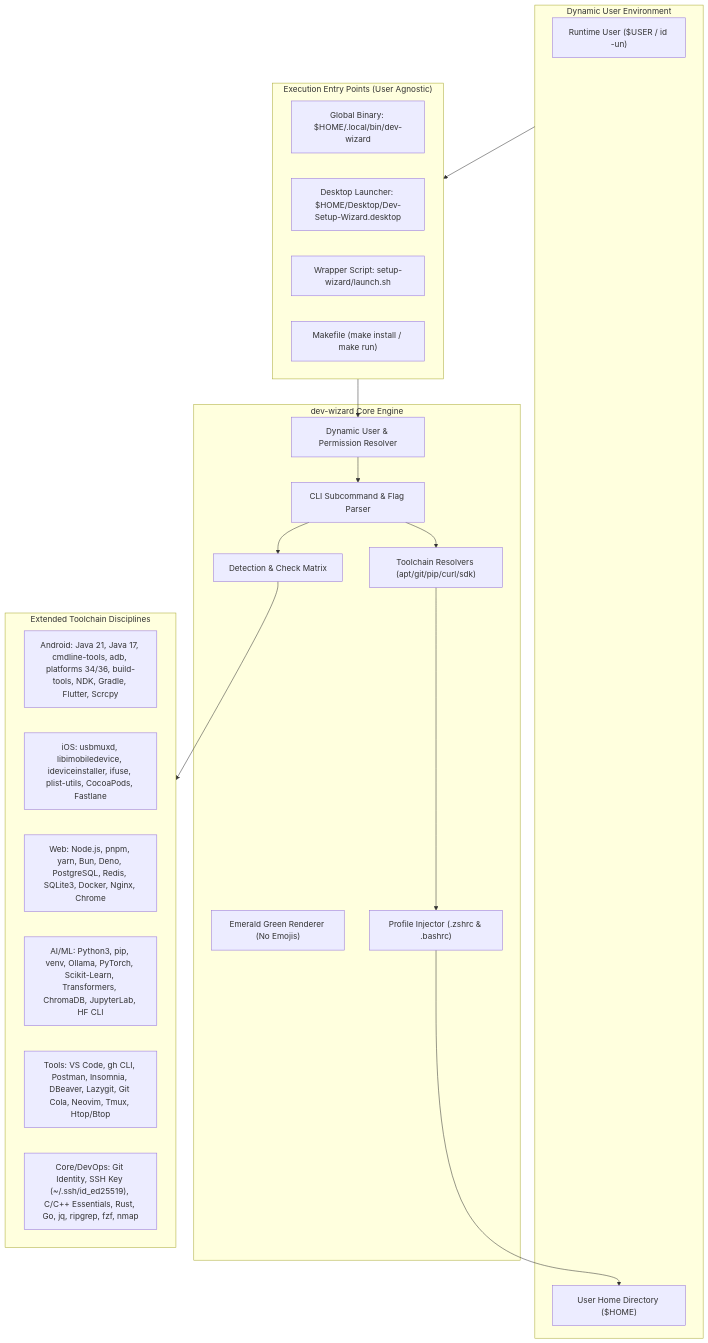
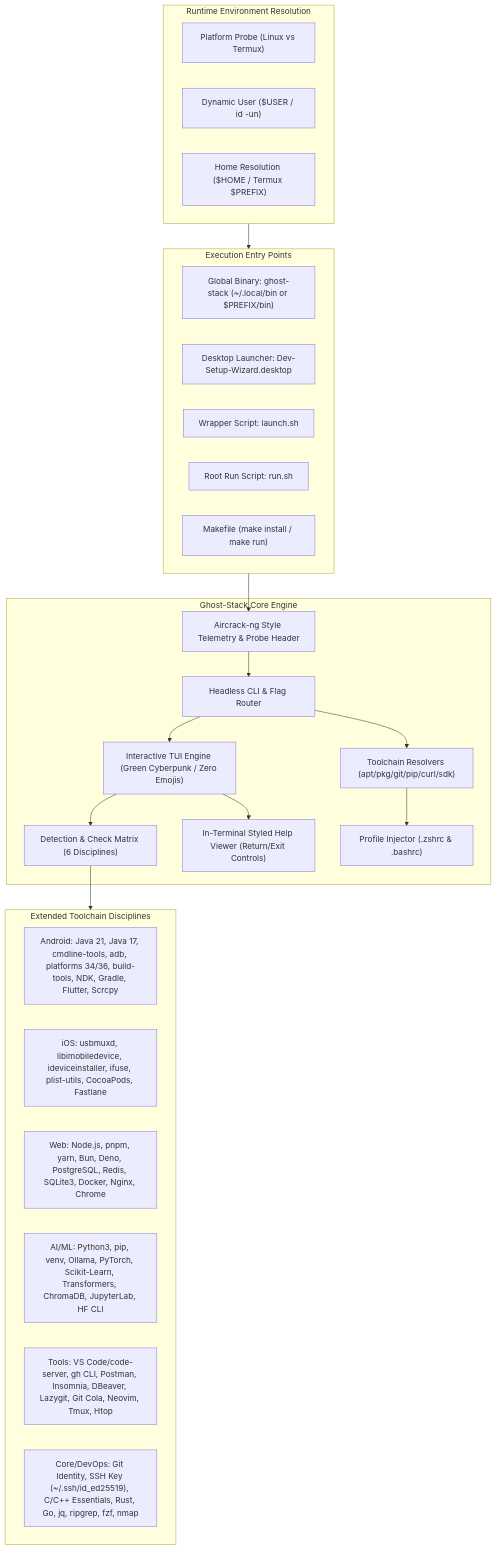
One commit to Mwenda-Boniface/Development-Setup-Wizard changed the diagram in implementation.md. Above: the diagram before and after it, drawn with Mermaid. The commit also changed other lines of this file and 8 other files, not shown here.

Commit message:
feat(ui/engine): aircrack-ng style telemetry, termux compatibility, help navigation controls, and readme command reference

````diff
--- a/implementation.md
+++ b/implementation.md
@@ -18,41 +16,45 @@
 ```mermaid
 graph TD
-    subgraph User_Environment["Dynamic User Environment"]
-        Current_User["Runtime User ($USER / id -un)"]
-        User_Home["User Home Directory ($HOME)"]
+    subgraph Environment_Resolution["Runtime Environment Resolution"]
+        Host_Detect["Platform Probe (Linux vs Termux)"]
+        User_Detect["Dynamic User ($USER / id -un)"]
+        Home_Detect["Home Resolution ($HOME / Termux $PREFIX)"]
     end
 
-    subgraph Entry_Points["Execution Entry Points (User Agnostic)"]
-        CLI["Global Binary: $HOME/.local/bin/dev-wizard"]
-        DESKTOP["Desktop Launcher: $HOME/Desktop/Dev-Setup-Wizard.desktop"]
-        LAUNCHER["Wrapper Script: setup-wizard/launch.sh"]
+    subgraph Entry_Points["Execution Entry Points"]
+        CLI["Global Binary: ghost-stack (~/.local/bin or $PREFIX/bin)"]
+        DESKTOP["Desktop Launcher: Dev-Setup-Wizard.desktop"]
+        LAUNCHER["Wrapper Script: launch.sh"]
+        ROOT_RUN["Root Run Script: run.sh"]
         MAKE["Makefile (make install / make run)"]
     end
 
-    subgraph Engine_Core["dev-wizard Core Engine"]
-        UserResolver["Dynamic User & Permission Resolver"]
-        ArgParser["CLI Subcommand & Flag Parser"]
-        UITheme["Emerald Green Renderer (No Emojis)"]
-        StateMatrix["Detection & Check Matrix"]
-        ResolverEngine["Toolchain Resolvers (apt/git/pip/curl/sdk)"]
+    subgraph Engine_Core["Ghost-Stack Core Engine"]
+        Telemetry["Aircrack-ng Style Telemetry & Probe Header"]
+        ArgParser["Headless CLI & Flag Router"]
+        TUI["Interactive TUI Engine (Green Cyberpunk / Zero Emojis)"]
+        StateMatrix["Detection & Check Matrix (6 Disciplines)"]
+        HelpViewer["In-Terminal Styled Help Viewer (Return/Exit Controls)"]
+        ResolverEngine["Toolchain Resolvers (apt/pkg/git/pip/curl/sdk)"]
         EnvSync["Profile Injector (.zshrc & .bashrc)"]
     end
 
     subgraph Disciplines["Extended Toolchain Disciplines"]
         D_Android["Android: Java 21, Java 17, cmdline-tools, adb, platforms 34/36, build-tools, NDK, Gradle, Flutter, Scrcpy"]
         D_iOS["iOS: usbmuxd, libimobiledevice, ideviceinstaller, ifuse, plist-utils, CocoaPods, Fastlane"]
         D_Web["Web: Node.js, pnpm, yarn, Bun, Deno, PostgreSQL, Redis, SQLite3, Docker, Nginx, Chrome"]
         D_AI["AI/ML: Python3, pip, venv, Ollama, PyTorch, Scikit-Learn, Transformers, ChromaDB, JupyterLab, HF CLI"]
-        D_Tools["Tools: VS Code, gh CLI, Postman, Insomnia, DBeaver, Lazygit, Git Cola, Neovim, Tmux, Htop/Btop"]
+        D_Tools["Tools: VS Code/code-server, gh CLI, Postman, Insomnia, DBeaver, Lazygit, Git Cola, Neovim, Tmux, Htop"]
         D_Core["Core/DevOps: Git Identity, SSH Key (~/.ssh/id_ed25519), C/C++ Essentials, Rust, Go, jq, ripgrep, fzf, nmap"]
     end
 
-    User_Environment --> Entry_Points
-    Entry_Points --> UserResolver
-    UserResolver --> ArgParser
-    ArgParser --> StateMatrix
+    Environment_Resolution --> Entry_Points
+    Entry_Points --> Telemetry
+    Telemetry --> ArgParser
+    ArgParser --> TUI
+    TUI --> StateMatrix
     StateMatrix --> Disciplines
+    TUI --> HelpViewer
     ArgParser --> ResolverEngine
     ResolverEngine --> EnvSync
-    EnvSync --> User_Home
 ```
````
